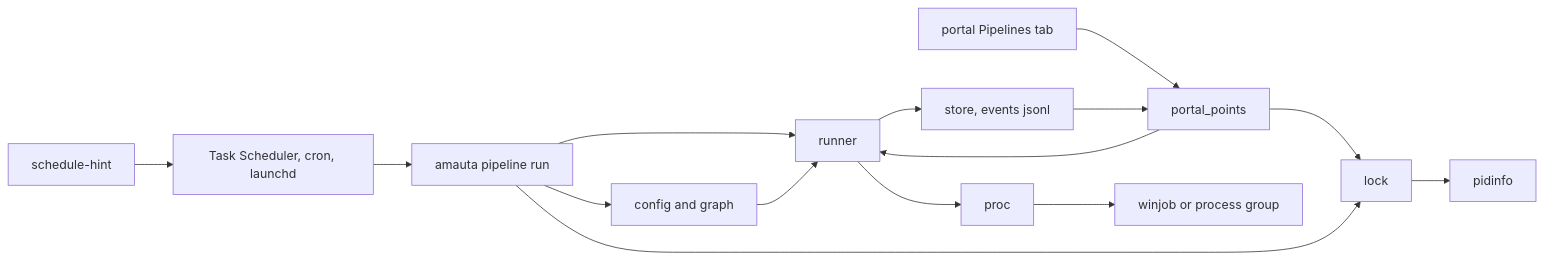
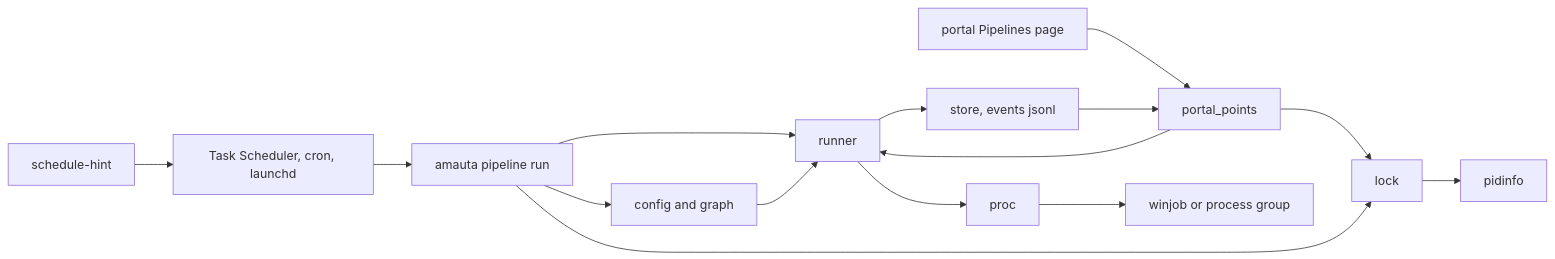
The first of 2 diagrams in python/amauta/portal/guide/en/pipelines.md (Negraldi/amauta), drawn with Mermaid before and after one commit. The commit also changed other lines of this file and 11 other files, not shown here.

````diff
--- a/python/amauta/portal/guide/en/pipelines.md
+++ b/python/amauta/portal/guide/en/pipelines.md
@@ -24,17 +24,17 @@
 ```mermaid
 flowchart LR
   CLI["amauta pipeline run"] --> CFG["config and graph"]
-  PORTAL["portal Pipelines tab"] --> PP["portal_points"]
+  PORTAL["portal Pipelines page"] --> PP["portal_points"]
   PP --> LK["lock"]
   PP --> RUN["runner"]
   CLI --> LK
   CLI --> RUN
   CFG --> RUN
   RUN --> PROC["proc"]
   PROC --> WJ["winjob or process group"]
   LK --> PID["pidinfo"]
   RUN --> ST["store, events jsonl"]
   ST --> PP
   SCH["schedule-hint"] --> OS["Task Scheduler, cron, launchd"]
   OS --> CLI
 ```
````
